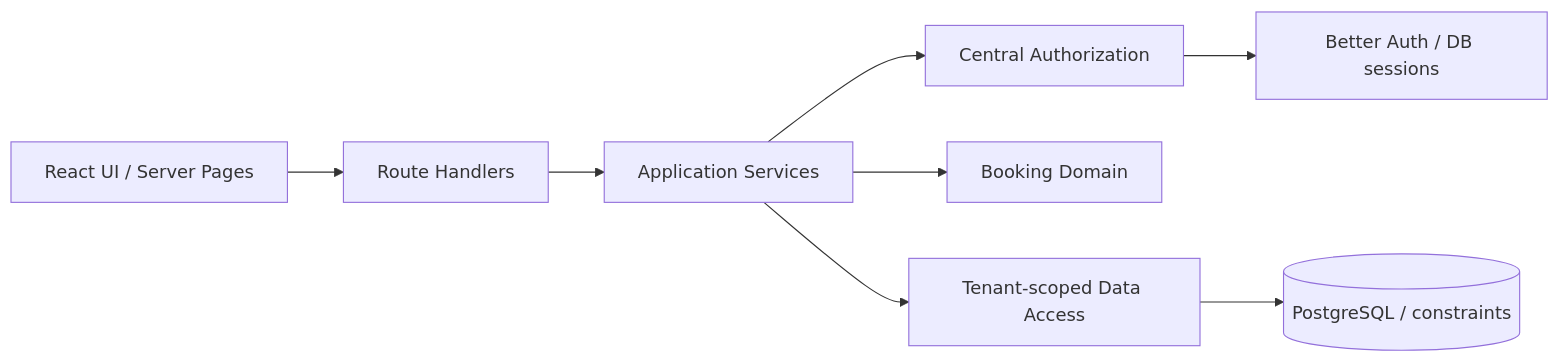
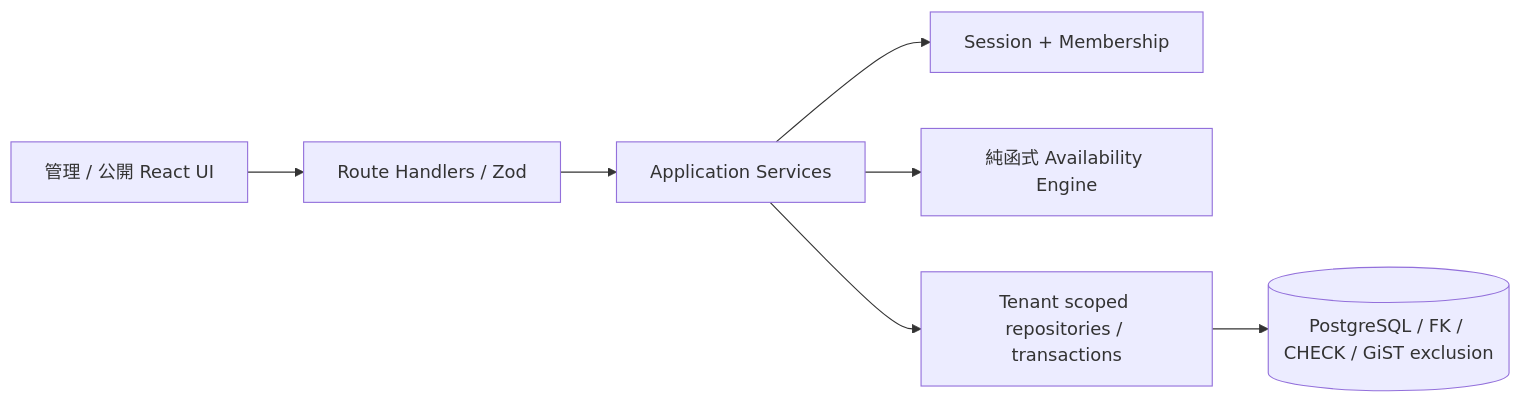
One commit to Cizing24/bookflow-saas changed the diagram in docs/ARCHITECTURE.md. Above: the diagram before and after it, drawn with Mermaid. The commit also changed other lines of this file and 29 other files, not shown here.

````diff
--- a/docs/ARCHITECTURE.md
+++ b/docs/ARCHITECTURE.md
@@ -7,10 +7,9 @@
 ```mermaid
 flowchart LR
-  UI[React UI / Server Pages] --> HTTP[Route Handlers]
+  UI[管理 / 公開 React UI] --> HTTP[Route Handlers / Zod]
   HTTP --> APP[Application Services]
-  APP --> AUTH[Central Authorization]
-  APP --> DOMAIN[Booking Domain]
-  APP --> REPO[Tenant-scoped Data Access]
-  REPO --> DB[(PostgreSQL / constraints)]
-  AUTH --> BA[Better Auth / DB sessions]
+  APP --> AUTH[Session + Membership]
+  APP --> ENGINE[純函式 Availability Engine]
+  APP --> REPO[Tenant scoped repositories / transactions]
+  REPO --> DB[(PostgreSQL / FK / CHECK / GiST exclusion)]
 ```
````
